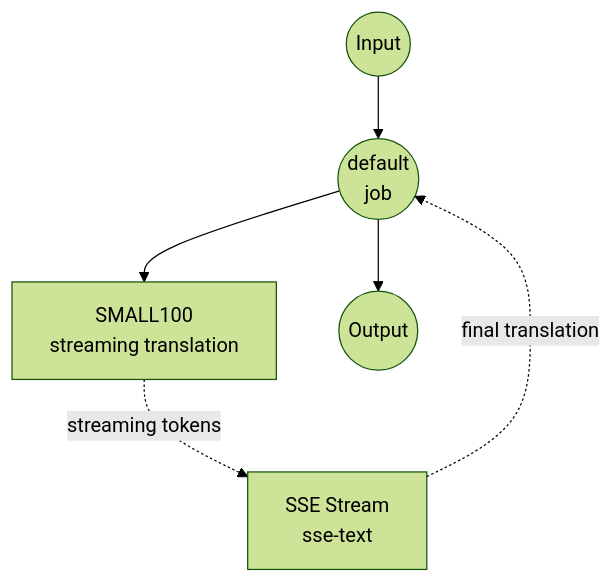
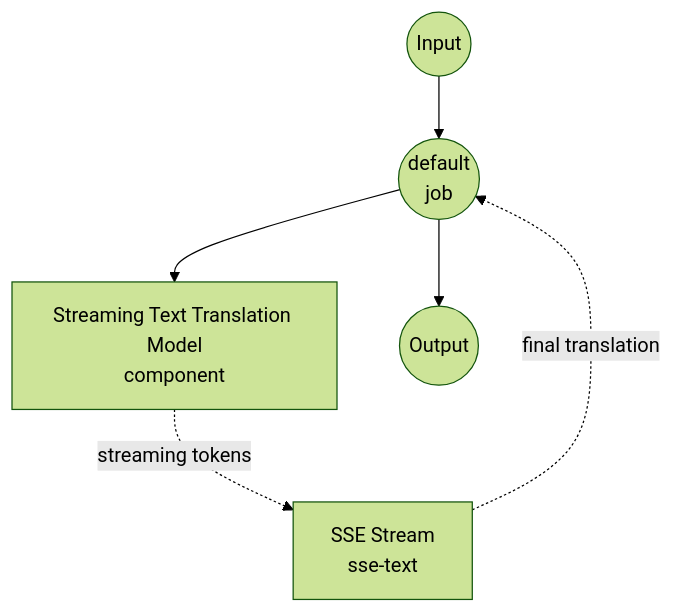
The diagram in examples/model-tasks/translation-stream/README.md (hanyeol/model-compose), drawn with Mermaid (forest theme) before and after one commit. The commit also changed other lines of this file and 21 other files, not shown here.

````diff
--- a/examples/model-tasks/translation-stream/README.md
+++ b/examples/model-tasks/translation-stream/README.md
@@ -111,20 +111,20 @@
 ```mermaid
 graph TD
     %% Default job (implicit)
     J1((default<br/>job))
 
     %% Component
-    C1[SMALL100<br/>streaming translation]
+    C1[Streaming Text Translation Model<br/>component]
 
     %% Streaming output
     S1[SSE Stream<br/>sse-text]
 
     %% Job to component connections (solid: invokes, dotted: returns)
     J1 --> C1
     C1 -.-> |streaming tokens| S1
     S1 -.-> |final translation| J1
 
     %% Input/Output
     Input((Input)) --> J1
     J1 --> Output((Output))
 ```
````
